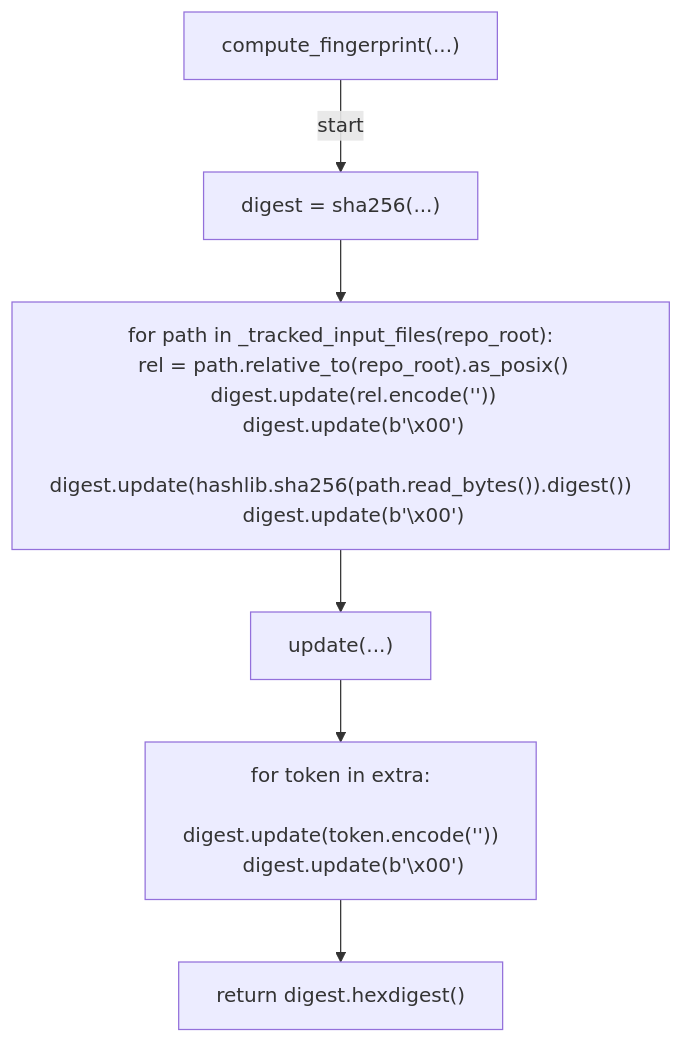
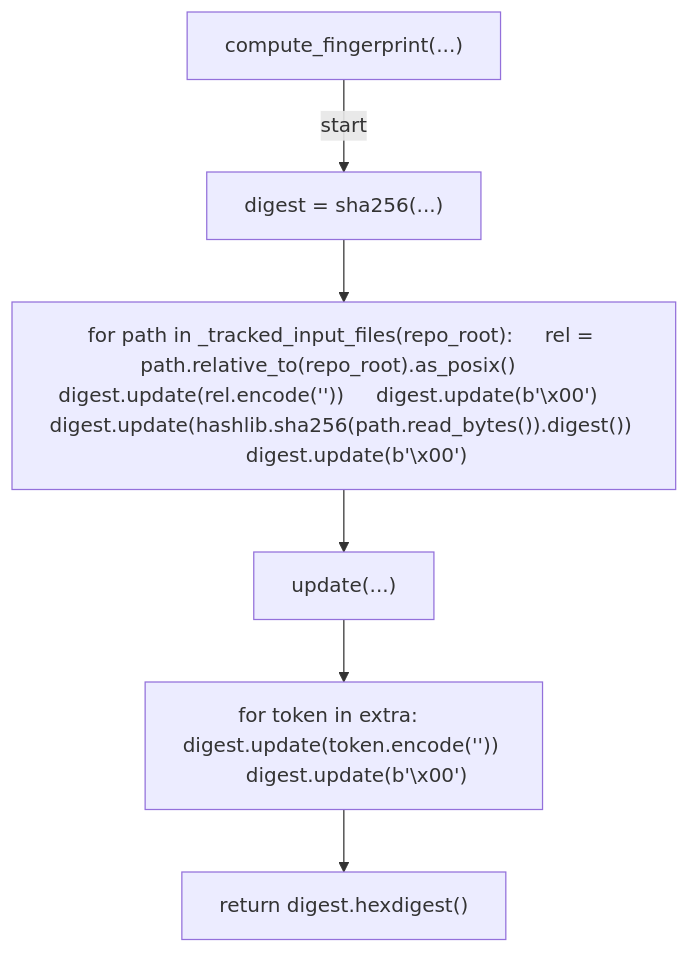
The fourth of 10 diagrams in docs/generated/scripts/ast/preflight_cache.md (tvna/claude-md), drawn with Mermaid before and after one commit. The commit also changed 29 other files, not shown here.

First line of the commit message:
docs(generated): regenerate decision tree and workflow diagrams (batch 3/5)

````diff
--- a/docs/generated/scripts/ast/preflight_cache.md
+++ b/docs/generated/scripts/ast/preflight_cache.md
@@ -49,21 +49,14 @@
 ```mermaid
 flowchart TD
     N001["compute_fingerprint(...)"]
     N002["digest = sha256(...)"]
-    N003["for path in _tracked_input_files(repo_root):
-    rel = path.relative_to(repo_root).as_posix()
-    digest.update(rel.encode('<str>'))
-    digest.update(b'\x00')
-    digest.update(hashlib.sha256(path.read_bytes()).digest())
-    digest.update(b'\x00')"]
+    N003["for path in _tracked_input_files(repo_root):     rel = path.relative_to(repo_root).as_posix()     digest.update(rel.encode('<str>'))     digest.update(b'\x00')     digest.update(hashlib.sha256(path.read_bytes()).digest())     digest.update(b'\x00')"]
     N004["update(...)"]
-    N005["for token in extra:
-    digest.update(token.encode('<str>'))
-    digest.update(b'\x00')"]
+    N005["for token in extra:     digest.update(token.encode('<str>'))     digest.update(b'\x00')"]
     N006["return digest.hexdigest()"]
     N001 -->|"start"| N002
     N002 --> N003
     N003 --> N004
     N004 --> N005
     N005 --> N006
 ```
````
